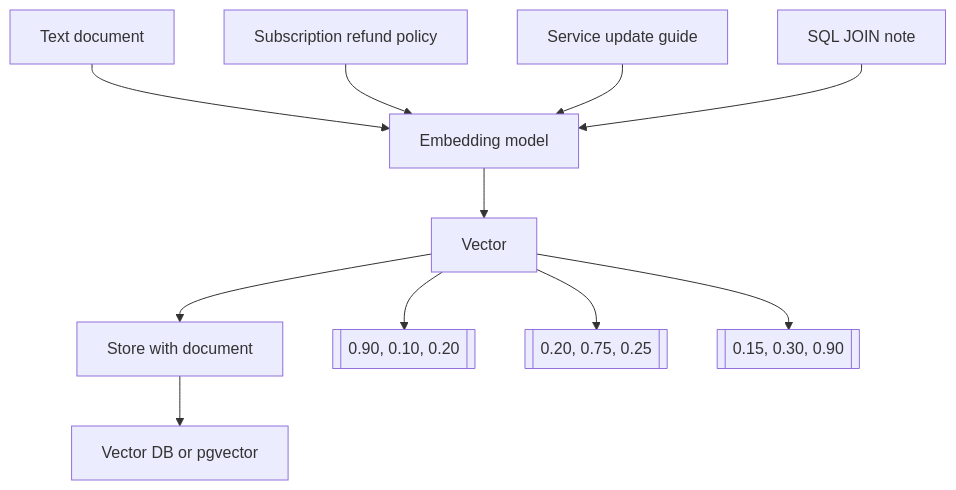
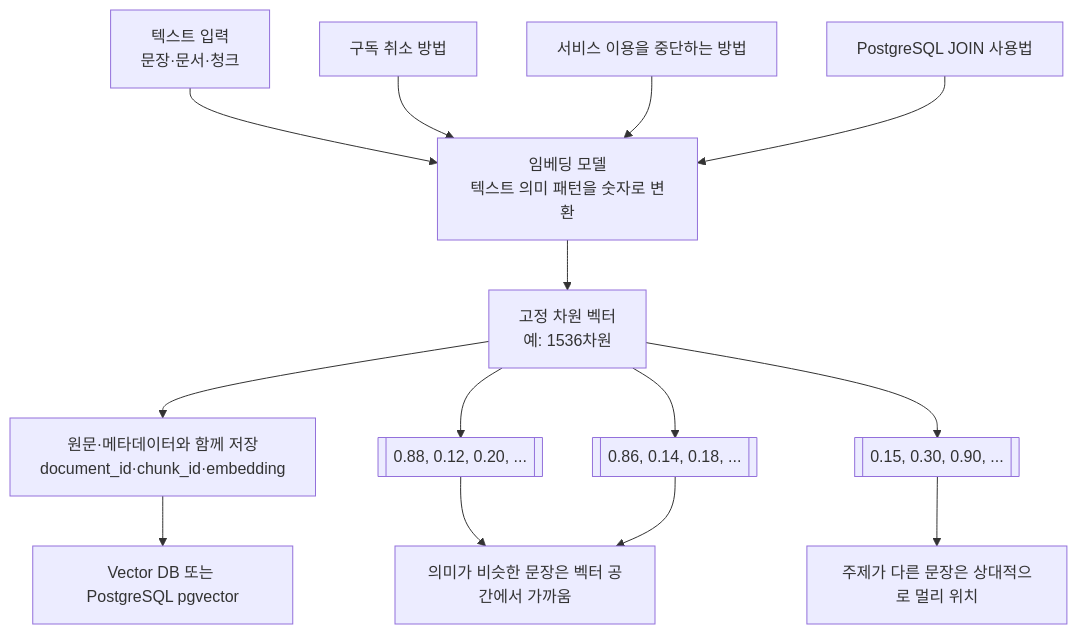
One commit to GilbertMoon/ai-database-book changed the diagram in images/chapter14/ch14_02_embedding_vector_conversion.mmd. Above: the diagram before and after it, drawn with Mermaid.

Commit message:
Refine chapter 14 embedding conversion source

```diff
--- a/images/chapter14/ch14_02_embedding_vector_conversion.mmd
+++ b/images/chapter14/ch14_02_embedding_vector_conversion.mmd
@@ -1,14 +1,18 @@
 flowchart TB
-    A[Text document] --> B[Embedding model]
-    B --> C[Vector]
-    C --> D[Store with document]
+    A[텍스트 입력<br/>문장·문서·청크] --> B[임베딩 모델<br/>텍스트 의미 패턴을 숫자로 변환]
+    B --> C[고정 차원 벡터<br/>예: 1536차원]
+    C --> D[원문·메타데이터와 함께 저장<br/>document_id·chunk_id·embedding]
 
-    A1[Subscription refund policy] --> B
-    A2[Service update guide] --> B
-    A3[SQL JOIN note] --> B
+    A1[구독 취소 방법] --> B
+    A2[서비스 이용을 중단하는 방법] --> B
+    A3[PostgreSQL JOIN 사용법] --> B
 
-    C --> C1[[0.90, 0.10, 0.20]]
-    C --> C2[[0.20, 0.75, 0.25]]
-    C --> C3[[0.15, 0.30, 0.90]]
+    C --> C1[[0.88, 0.12, 0.20, ...]]
+    C --> C2[[0.86, 0.14, 0.18, ...]]
+    C --> C3[[0.15, 0.30, 0.90, ...]]
 
-    D --> E[Vector DB or pgvector]
+    C1 --> E[의미가 비슷한 문장은 벡터 공간에서 가까움]
+    C2 --> E
+    C3 --> F[주제가 다른 문장은 상대적으로 멀리 위치]
+
+    D --> G[Vector DB 또는 PostgreSQL pgvector]
```
